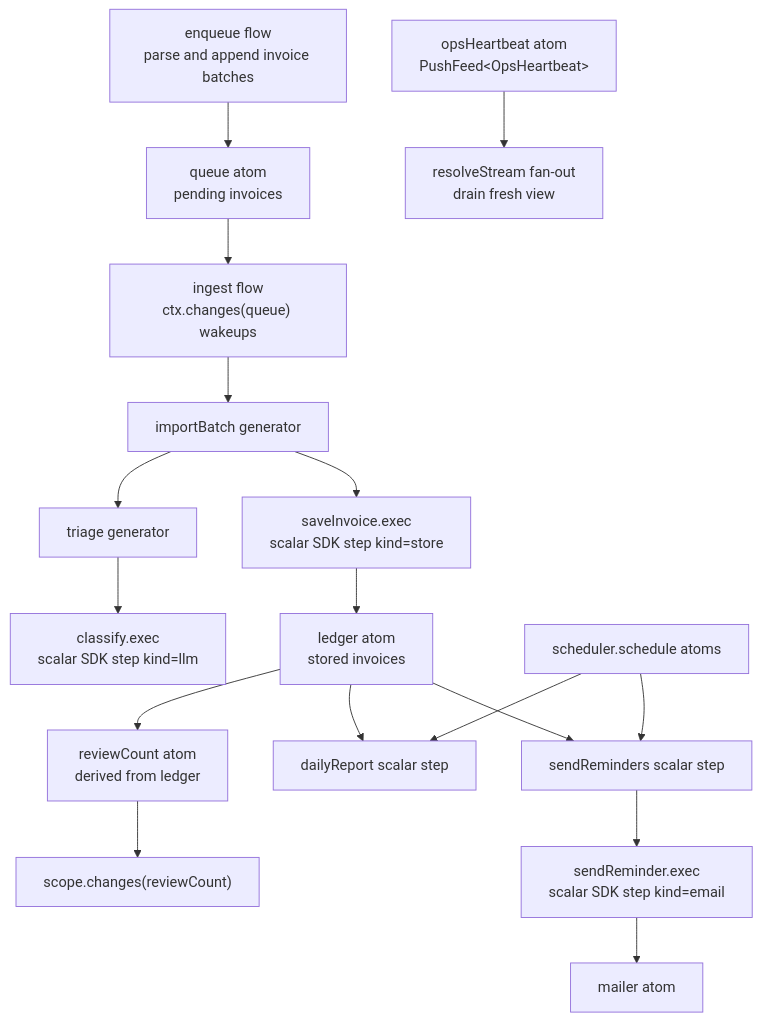
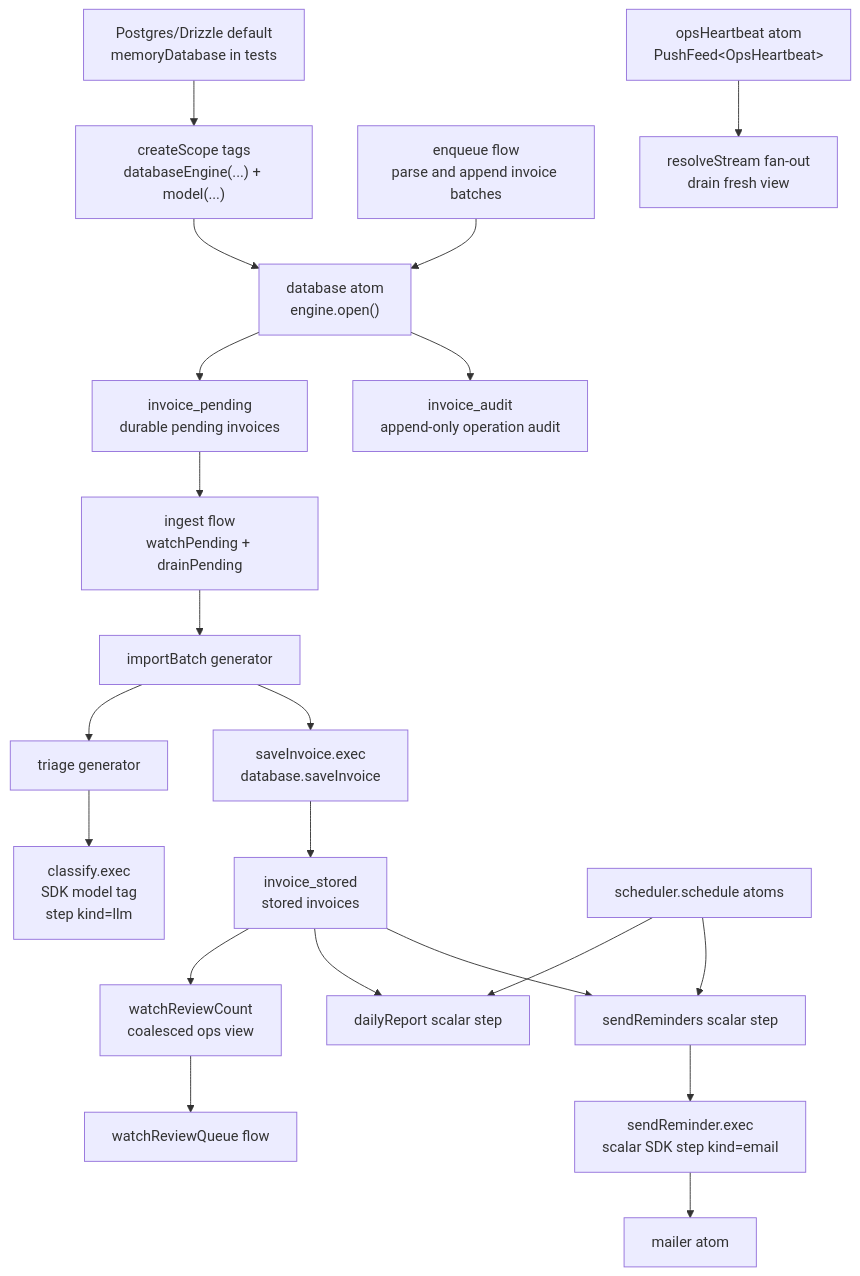
Before and after one commit to pumped-fn/pumped-fn: the diagram in examples/invoice-triage/README.md, drawn with Mermaid. The commit also changed other lines of this file and 52 other files, not shown here.

Commit message:
feat: expand invoice triage operational example

````diff
--- a/examples/invoice-triage/README.md
+++ b/examples/invoice-triage/README.md
@@ -18,19 +19,23 @@
 ```mermaid
 flowchart TD
-  Producer["enqueue flow<br/>parse and append invoice batches"] --> Queue["queue atom<br/>pending invoices"]
-  Queue --> Ingest["ingest flow<br/>ctx.changes(queue) wakeups"]
+  Root["createScope tags<br/>databaseEngine(...) + model(...)"] --> Database["database atom<br/>engine.open()"]
+  Engine["Postgres/Drizzle default<br/>memoryDatabase in tests"] --> Root
+  Producer["enqueue flow<br/>parse and append invoice batches"] --> Database
+  Database --> Pending["invoice_pending<br/>durable pending invoices"]
+  Pending --> Ingest["ingest flow<br/>watchPending + drainPending"]
   Ingest --> Import["importBatch generator"]
   Import --> Triage["triage generator"]
-  Triage --> Classify["classify.exec<br/>scalar SDK step kind=llm"]
-  Import --> Save["saveInvoice.exec<br/>scalar SDK step kind=store"]
-  Save --> Ledger["ledger atom<br/>stored invoices"]
-  Ledger --> Review["reviewCount atom<br/>derived from ledger"]
-  Review --> Ops["scope.changes(reviewCount)"]
+  Triage --> Classify["classify.exec<br/>SDK model tag<br/>step kind=llm"]
+  Import --> Save["saveInvoice.exec<br/>database.saveInvoice"]
+  Save --> Stored["invoice_stored<br/>stored invoices"]
+  Database --> Audit["invoice_audit<br/>append-only operation audit"]
+  Stored --> Review["watchReviewCount<br/>coalesced ops view"]
+  Review --> Ops["watchReviewQueue flow"]
   Heartbeat["opsHeartbeat atom<br/>PushFeed&lt;OpsHeartbeat&gt;"] --> Views["resolveStream fan-out<br/>drain fresh view"]
   Scheduler["scheduler.schedule atoms"] --> Report["dailyReport scalar step"]
   Scheduler --> Reminders["sendReminders scalar step"]
   Reminders --> SendOne["sendReminder.exec<br/>scalar SDK step kind=email"]
   SendOne --> Mailer["mailer atom"]
-  Ledger --> Report
-  Ledger --> Reminders
+  Stored --> Report
+  Stored --> Reminders
 ```
````
